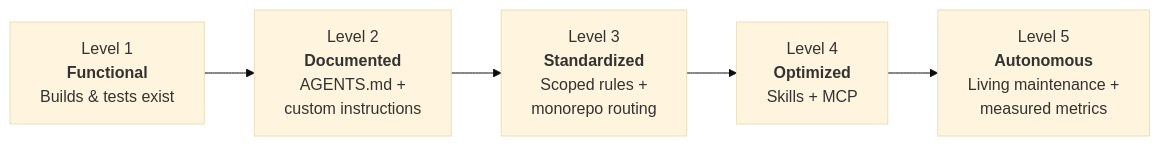
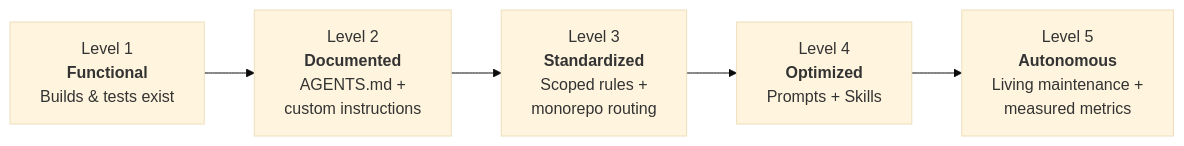
Before and after one commit to HipsterZipster/context-management-presentation: the ninth of 23 diagrams in context-engineering-tech-talk.md, drawn with Mermaid (base theme). The commit also changed other lines of this file and 20 other files, not shown here.

````diff
--- a/context-engineering-tech-talk.md
+++ b/context-engineering-tech-talk.md
@@ -341,11 +264,11 @@
 ```mermaid
 graph LR
     L1["Level 1<br/><b>Functional</b><br/>Builds & tests exist"]
     L2["Level 2<br/><b>Documented</b><br/>AGENTS.md +<br/>custom instructions"]
     L3["Level 3<br/><b>Standardized</b><br/>Scoped rules +<br/>monorepo routing"]
-    L4["Level 4<br/><b>Optimized</b><br/>Skills + MCP"]
+    L4["Level 4<br/><b>Optimized</b><br/>Prompts + Skills"]
     L5["Level 5<br/><b>Autonomous</b><br/>Living maintenance +<br/>measured metrics"]
 
     L1 --> L2 --> L3 --> L4 --> L5
 
 ```
````
